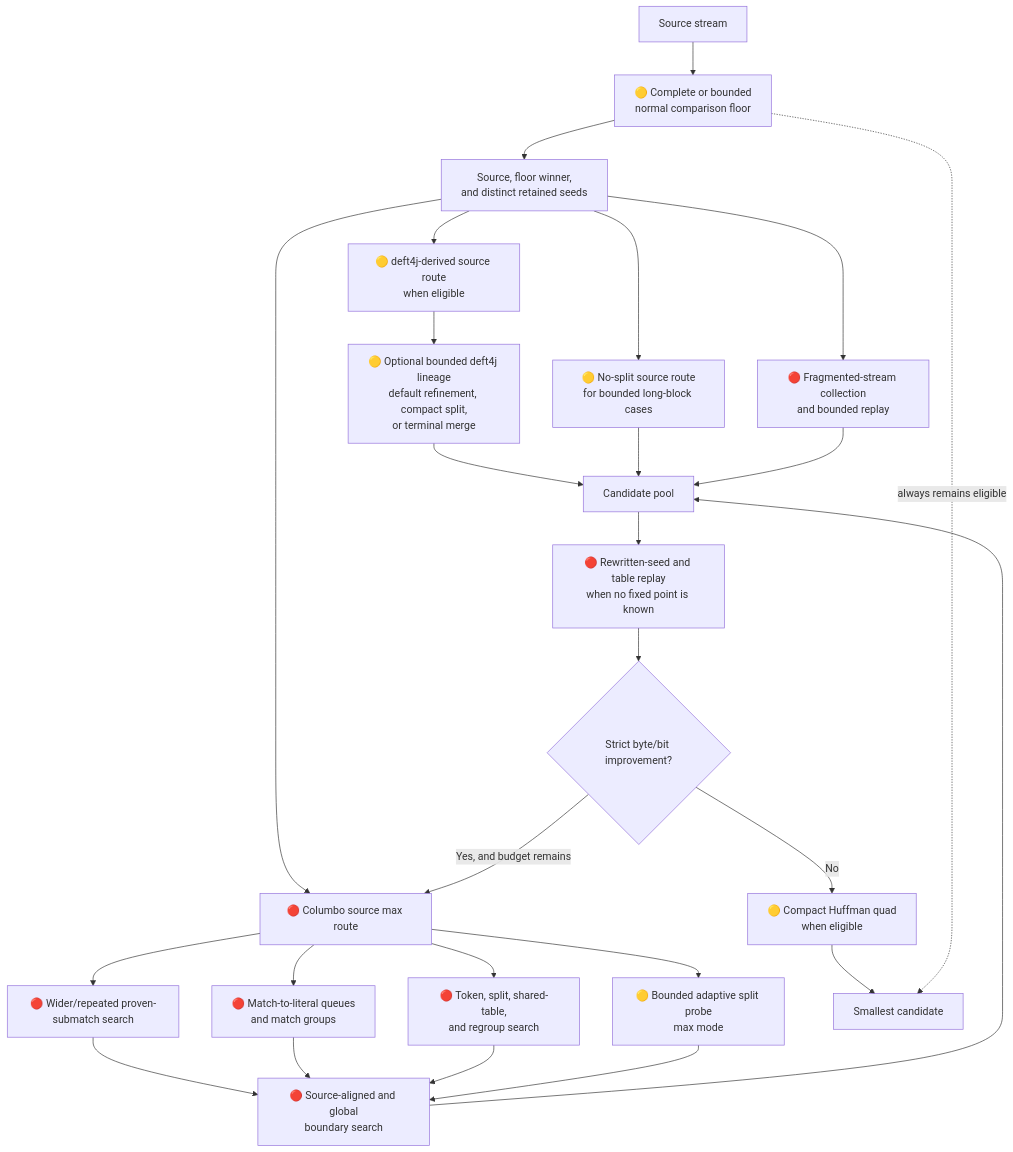
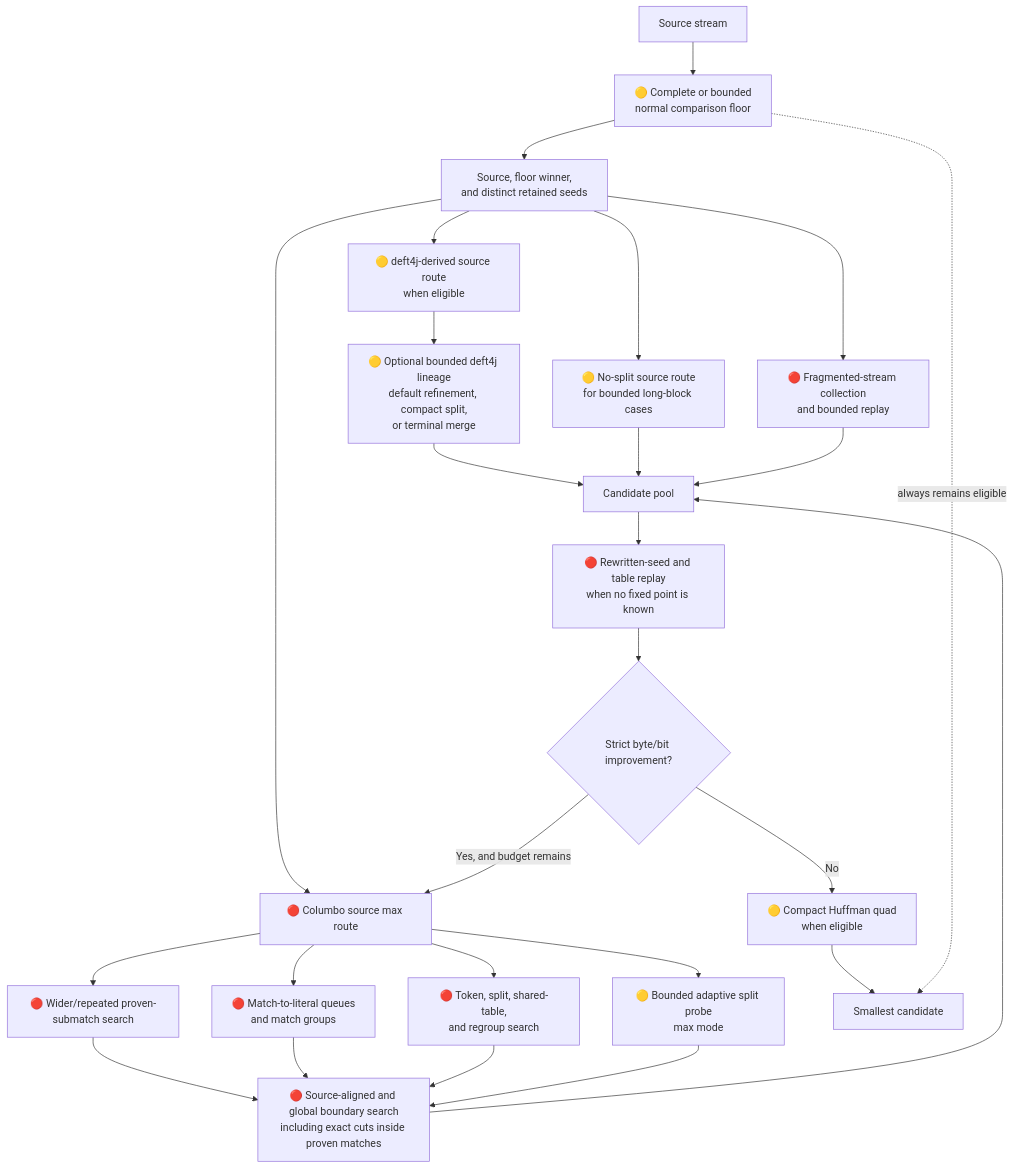
The third of 4 diagrams in docs/routes-and-methods.md (ace-dent/columbo), drawn with Mermaid before and after one commit. The commit also changed other lines of this file and 1 other file, not shown here.

First line of the commit message:
core: Add inside-match boundary tuning

````diff
--- a/docs/routes-and-methods.md
+++ b/docs/routes-and-methods.md
@@ -109,34 +109,34 @@
 ```mermaid
 flowchart TD
     SRC["Source stream"] --> FLOOR["🟡 Complete or bounded<br/>normal comparison floor"]
     FLOOR --> SEEDS["Source, floor winner,<br/>and distinct retained seeds"]
 
     SEEDS --> DEFT["🟡 deft4j-derived source route<br/>when eligible"]
     SEEDS --> NARROW["🟡 No-split source route<br/>for bounded long-block cases"]
     SEEDS --> FRAG["🔴 Fragmented-stream collection<br/>and bounded replay"]
     SEEDS --> SMAX["🔴 Columbo source max route"]
     DEFT --> DREF["🟡 Optional bounded deft4j lineage<br/>default refinement, compact split,<br/>or terminal merge"]
 
     SMAX --> SUBMATCH["🔴 Wider/repeated proven-submatch search"]
     SMAX --> EXPAND["🔴 Match-to-literal queues<br/>and match groups"]
     SMAX --> SPLIT["🔴 Token, split, shared-table,<br/>and regroup search"]
     SMAX --> ADAPT["🟡 Bounded adaptive split probe<br/>max mode"]
 
-    SUBMATCH --> GLOBAL["🔴 Source-aligned and global<br/>boundary search"]
+    SUBMATCH --> GLOBAL["🔴 Source-aligned and global boundary search<br/>including exact cuts inside proven matches"]
     EXPAND --> GLOBAL
     SPLIT --> GLOBAL
     ADAPT --> GLOBAL
 
     DREF --> POOL["Candidate pool"]
     NARROW --> POOL
     FRAG --> POOL
     GLOBAL --> POOL
 
     POOL --> REPLAY["🔴 Rewritten-seed and table replay<br/>when no fixed point is known"]
     REPLAY --> IMPROVE{"Strict byte/bit improvement?"}
     IMPROVE -- "Yes, and budget remains" --> SMAX
     IMPROVE -- "No" --> QUAD["🟡 Compact Huffman quad<br/>when eligible"]
     QUAD --> WIN["Smallest candidate"]
 
     FLOOR -. "always remains eligible" .-> WIN
 ```
````
